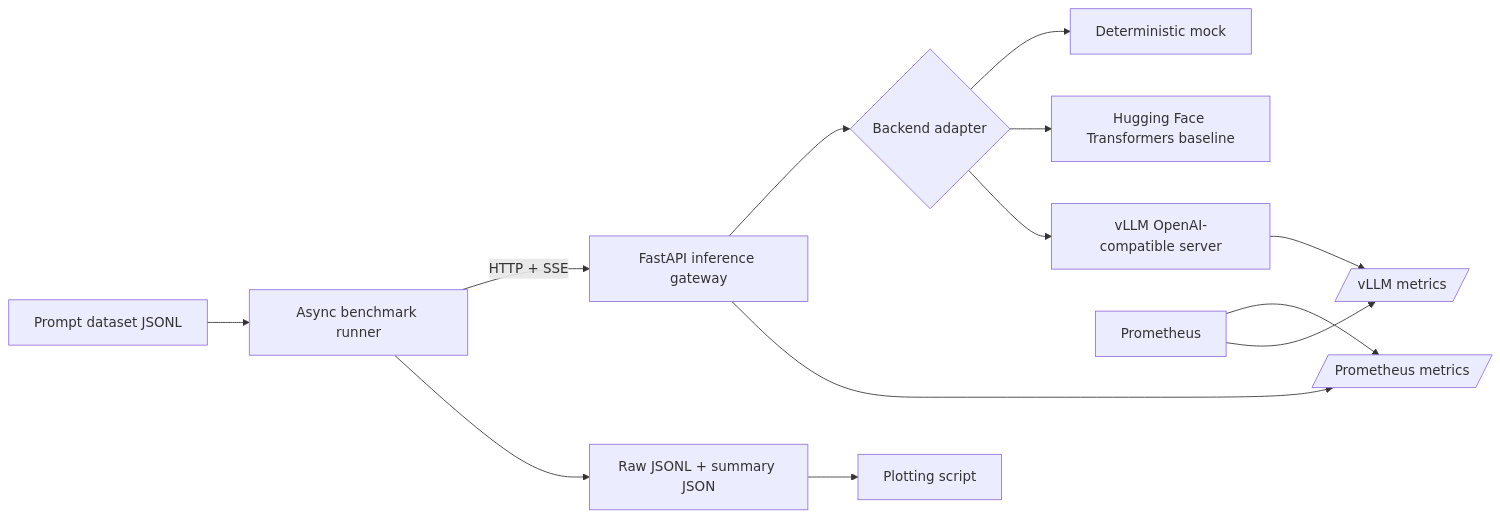
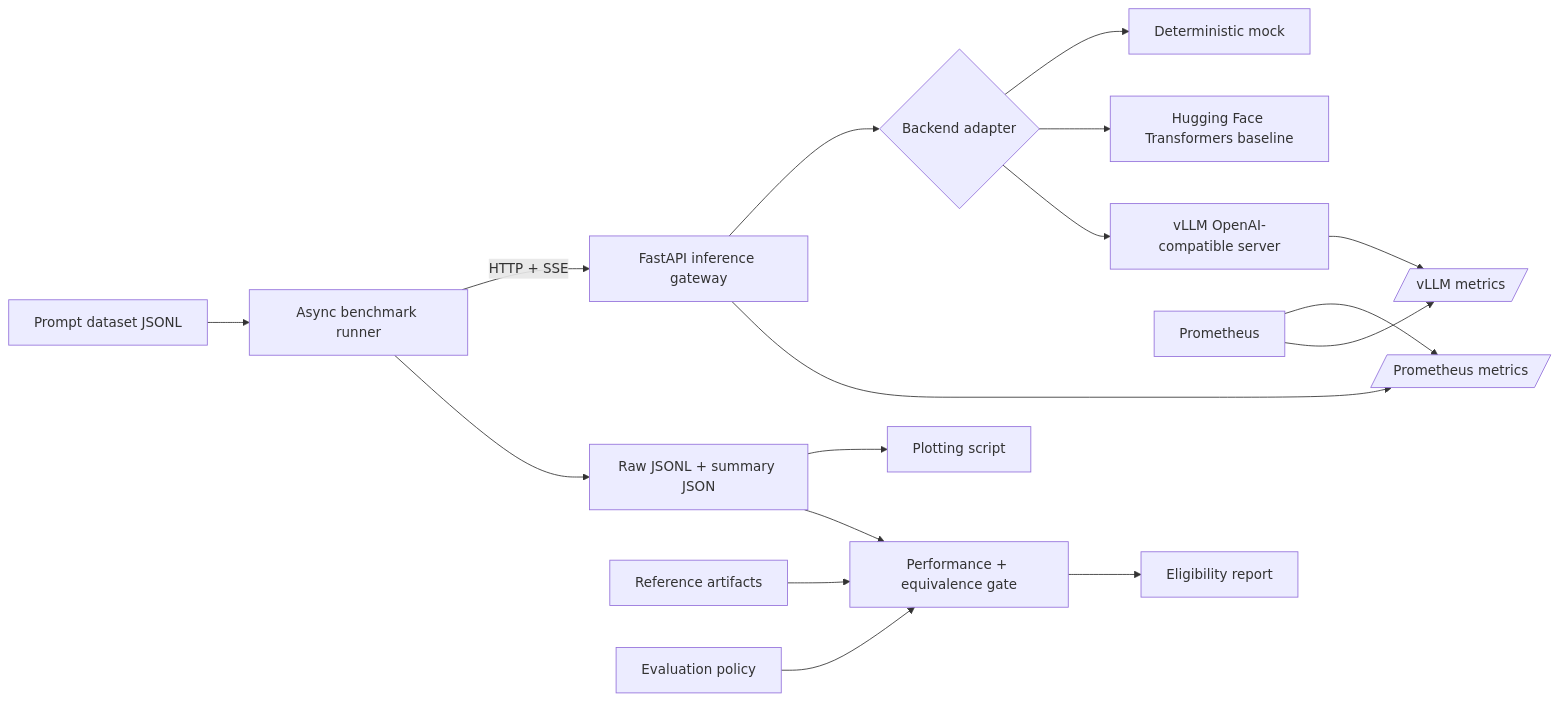
One commit to ColeSlad/inference-lab changed the diagram in inference-lab-mvp/docs/ARCHITECTURE.md. Above: the diagram before and after it, drawn with Mermaid. The commit also changed other lines of this file and 4 other files, not shown here.

````diff
--- a/inference-lab-mvp/docs/ARCHITECTURE.md
+++ b/inference-lab-mvp/docs/ARCHITECTURE.md
@@ -13,15 +13,19 @@
 ```mermaid
 flowchart LR
     D[Prompt dataset JSONL] --> B[Async benchmark runner]
     B -->|HTTP + SSE| G[FastAPI inference gateway]
     G --> A{Backend adapter}
     A --> M[Deterministic mock]
     A --> H[Hugging Face Transformers baseline]
     A --> V[vLLM OpenAI-compatible server]
     G --> PM[/Prometheus metrics/]
     V --> VM[/vLLM metrics/]
     P[Prometheus] --> PM
     P --> VM
     B --> R[Raw JSONL + summary JSON]
     R --> C[Plotting script]
+    R --> E[Performance + equivalence gate]
+    RP[Reference artifacts] --> E
+    EP[Evaluation policy] --> E
+    E --> ER[Eligibility report]
 ```
````
